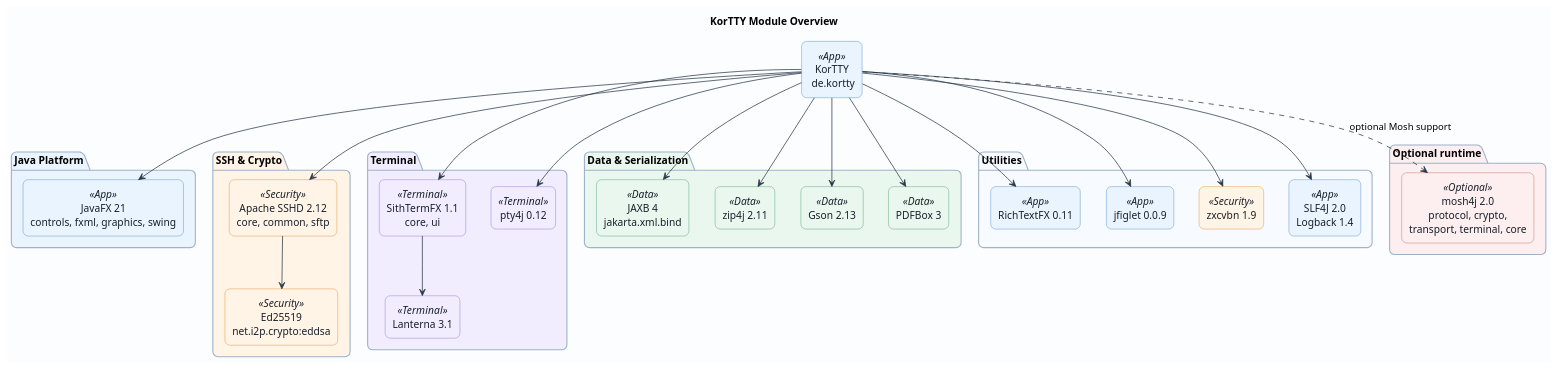
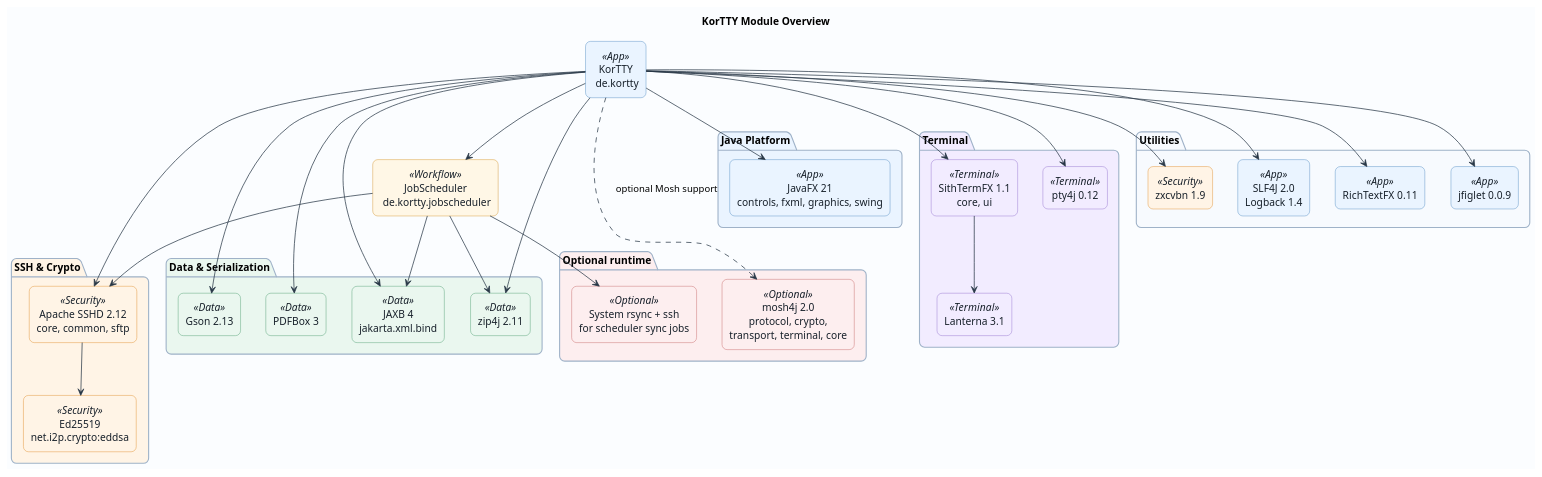
The diagram in docs/diagrams/modules-overview.puml (chardonnay/korTTY), drawn with PlantUML before and after one commit. The commit also changed 24 other files, not shown here.

```diff
--- a/docs/diagrams/modules-overview.puml
+++ b/docs/diagrams/modules-overview.puml
@@ -1,90 +1,101 @@
 @startuml
 title KorTTY Module Overview
 top to bottom direction
 
 skinparam backgroundColor #FBFDFF
 skinparam shadowing false
 skinparam roundcorner 14
 skinparam componentStyle rectangle
 skinparam defaultFontName "Arial"
 skinparam defaultTextAlignment center
 skinparam ArrowColor #273746
 skinparam packageBorderColor #9FB2C8
 skinparam packageBackgroundColor #F7FAFE
 skinparam component {
   BorderColor #34495E
   BackgroundColor #FFFFFF
   FontColor #17202A
 }
 skinparam component<<App>> {
   BackgroundColor #EAF4FF
   BorderColor #2F74B5
 }
 skinparam component<<Terminal>> {
   BackgroundColor #F2ECFF
   BorderColor #7E57C2
 }
 skinparam component<<Data>> {
   BackgroundColor #EAF7EF
   BorderColor #2E8B57
 }
 skinparam component<<Security>> {
   BackgroundColor #FFF4E6
   BorderColor #D97904
 }
 skinparam component<<Optional>> {
   BackgroundColor #FDEEEF
   BorderColor #B94A48
 }
+skinparam component<<Workflow>> {
+  BackgroundColor #FFF7E6
+  BorderColor #C77D00
+}
 
 component "KorTTY\n de.kortty" as KorTTY <<App>>
+component "JobScheduler\n de.kortty.jobscheduler" as JobScheduler <<Workflow>>
 
 package "Java Platform" #EAF4FF {
   component "JavaFX 21\ncontrols, fxml, graphics, swing" as JavaFx <<App>>
 }
 
 package "SSH & Crypto" #FFF4E6 {
   component "Apache SSHD 2.12\ncore, common, sftp" as Sshd <<Security>>
   component "Ed25519\nnet.i2p.crypto:eddsa" as Ed25519 <<Security>>
 }
 
 package "Terminal" #F2ECFF {
   component "SithTermFX 1.1\ncore, ui" as SithTerm <<Terminal>>
   component "Lanterna 3.1" as Lanterna <<Terminal>>
   component "pty4j 0.12" as Pty4j <<Terminal>>
 }
 
 package "Data & Serialization" #EAF7EF {
   component "JAXB 4\njakarta.xml.bind" as Jaxb <<Data>>
   component "zip4j 2.11" as Zip4j <<Data>>
   component "Gson 2.13" as Gson <<Data>>
   component "PDFBox 3" as PdfBox <<Data>>
 }
 
 package "Utilities" #F7FAFE {
   component "RichTextFX 0.11" as RichText <<App>>
   component "jfiglet 0.0.9" as JFiglet <<App>>
   component "zxcvbn 1.9" as Zxcvbn <<Security>>
   component "SLF4J 2.0\nLogback 1.4" as Logging <<App>>
 }
 
 package "Optional runtime" #FDEEEF {
   component "mosh4j 2.0\nprotocol, crypto,\ntransport, terminal, core" as Mosh4j <<Optional>>
+  component "System rsync + ssh\nfor scheduler sync jobs" as RsyncSsh <<Optional>>
 }
 
 KorTTY --> JavaFx
+KorTTY --> JobScheduler
+JobScheduler --> Sshd
+JobScheduler --> Jaxb
+JobScheduler --> Zip4j
+JobScheduler --> RsyncSsh
 KorTTY --> Sshd
 Sshd --> Ed25519
 KorTTY --> SithTerm
 SithTerm --> Lanterna
 KorTTY --> Pty4j
 KorTTY --> Jaxb
 KorTTY --> Zip4j
 KorTTY --> Gson
 KorTTY --> PdfBox
 KorTTY --> RichText
 KorTTY --> JFiglet
 KorTTY --> Zxcvbn
 KorTTY --> Logging
 KorTTY ..> Mosh4j : optional Mosh support
 @enduml
```
